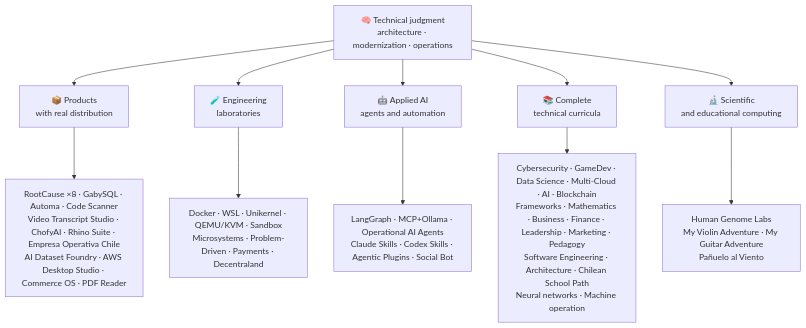
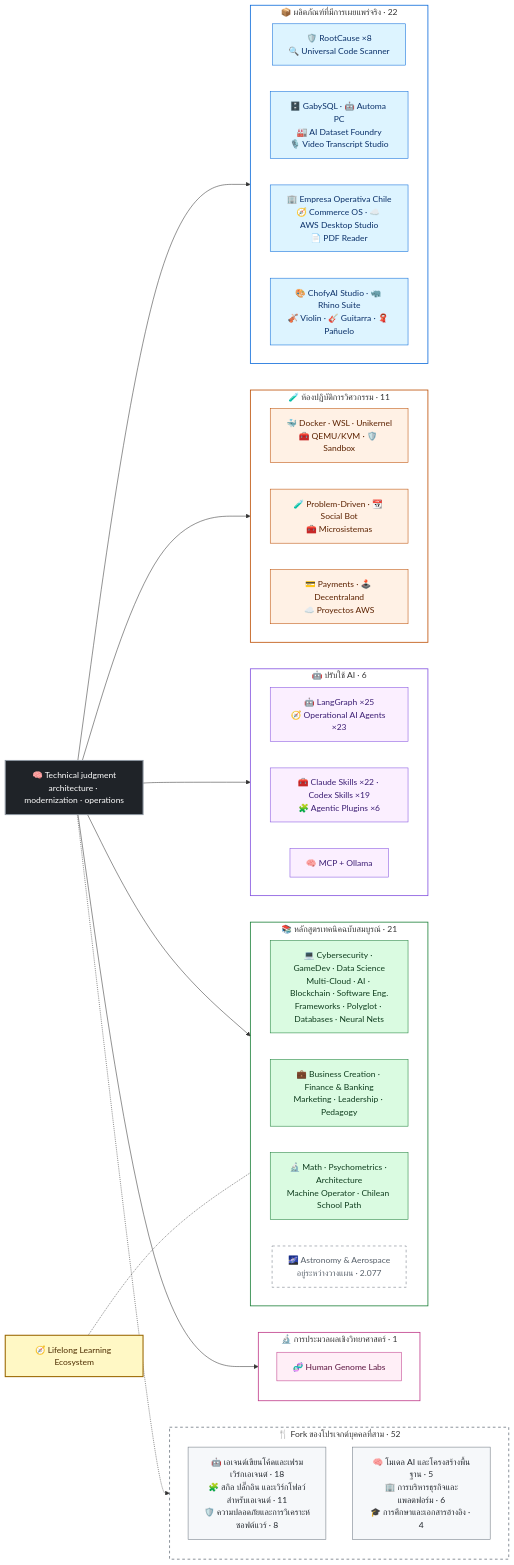
Before and after one commit to vladimiracunadev-create/vladimiracunadev-create: the diagram in README.th.md, drawn with Mermaid. The commit also changed other lines of this file and 43 other files, not shown here.

````diff
--- a/README.th.md
+++ b/README.th.md
@@ -152,14 +153,63 @@
 ```mermaid
-flowchart TD
-    A["🧠 Technical judgment<br/>architecture · modernization · operations"] --> B["📦 Products<br/>with real distribution"]
-    A --> C["🧪 Engineering<br/>laboratories"]
-    A --> D["🤖 Applied AI<br/>agents and automation"]
-    A --> E["📚 Complete<br/>technical curricula"]
-    A --> F["🔬 Scientific<br/>and educational computing"]
+flowchart LR
+    CORE["🧠 Technical judgment<br/>architecture · modernization · operations"]:::core
 
-    B --> B1["RootCause ×8 · GabySQL · Automa · Code Scanner<br/>Video Transcript Studio · ChofyAI · Rhino Suite · Empresa Operativa Chile<br/>AI Dataset Foundry · AWS Desktop Studio · Commerce OS · PDF Reader"]
-    C --> C1["Docker · WSL · Unikernel · QEMU/KVM · Sandbox<br/>Microsystems · Problem-Driven · Payments · Decentraland"]
-    D --> D1["LangGraph · MCP+Ollama · Operational AI Agents<br/>Claude Skills · Codex Skills · Agentic Plugins · Social Bot"]
-    E --> E1["Cybersecurity · GameDev · Data Science · Multi-Cloud · AI · Blockchain<br/>Frameworks · Mathematics · Business · Finance · Leadership · Marketing · Pedagogy<br/>Software Engineering · Architecture · Chilean School Path<br/>Neural networks · Machine operation"]
-    F --> F1["Human Genome Labs<br/>My Violin Adventure · My Guitar Adventure<br/>Pañuelo al Viento"]
+    subgraph P["📦 ผลิตภัณฑ์ที่มีการเผยแพร่จริง · 22"]
+        direction LR
+        P1["🛡️ RootCause ×8<br/>🔍 Universal Code Scanner"]:::prod
+        P2["🗄️ GabySQL · 🤖 Automa PC<br/>🏭 AI Dataset Foundry<br/>🎙️ Video Transcript Studio"]:::prod
+        P3["🏢 Empresa Operativa Chile<br/>🧭 Commerce OS · ☁️ AWS Desktop Studio<br/>📄 PDF Reader"]:::prod
+        P4["🎨 ChofyAI Studio · 🦏 Rhino Suite<br/>🎻 Violin · 🎸 Guitarra · 🧣 Pañuelo"]:::prod
+    end
+    subgraph L["🧪 ห้องปฏิบัติการวิศวกรรม · 11"]
+        direction LR
+        L1["🐳 Docker · WSL · Unikernel<br/>🧰 QEMU/KVM · 🛡️ Sandbox"]:::lab
+        L2["🧪 Problem-Driven · 📆 Social Bot<br/>🧰 Microsistemas"]:::lab
+        L3["💳 Payments · 🕹️ Decentraland<br/>☁️ Proyectos AWS"]:::lab
+    end
+    subgraph I["🤖 ปรับใช้ AI · 6"]
+        direction LR
+        I1["🤖 LangGraph ×25<br/>🧭 Operational AI Agents ×23"]:::ai
+        I2["🧰 Claude Skills ×22 · Codex Skills ×19<br/>🧩 Agentic Plugins ×6"]:::ai
+        I3["🧠 MCP + Ollama"]:::ai
+    end
+    subgraph C["📚 หลักสูตรเทคนิคฉบับสมบูรณ์ · 21"]
+        direction LR
+        C1["💻 Cybersecurity · GameDev · Data Science<br/>Multi-Cloud · AI · Blockchain · Software Eng.<br/>Frameworks · Polyglot · Databases · Neural Nets"]:::cur
+        C2["💼 Business Creation · Finance & Banking<br/>Marketing · Leadership · Pedagogy"]:::cur
+        C3["🔬 Math · Psychometrics · Architecture<br/>Machine Operator · Chilean School Path"]:::cur
+        C4["🌌 Astronomy & Aerospace<br/>อยู่ระหว่างวางแผน · 2.077"]:::plan
+    end
+    LL["🧭 Lifelong Learning Ecosystem"]:::core2
+    subgraph S["🔬 การประมวลผลเชิงวิทยาศาสตร์ · 1"]
+        S1["🧬 Human Genome Labs"]:::sci
+    end
+    subgraph F["🍴 Fork ของโปรเจกต์บุคคลที่สาม · 52"]
+        F1["🤖 เอเจนต์เขียนโค้ดและเฟรมเวิร์กเอเจนต์ · 18<br/>🧩 สกิล ปลั๊กอิน และเวิร์กโฟลว์สำหรับเอเจนต์ · 11<br/>🛡️ ความปลอดภัยและการวิเคราะห์ซอฟต์แวร์ · 8"]:::fork
+        F2["🧠 โมเดล AI และโครงสร้างพื้นฐาน · 5<br/>🏢 การบริหารธุรกิจและแพลตฟอร์ม · 6<br/>🎓 การศึกษาและเอกสารอ้างอิง · 4"]:::fork
+    end
+
+    CORE --> P
+    CORE --> L
+    CORE --> I
+    CORE --> C
+    CORE --> S
+    CORE -.-> F
+    LL -.- C
+
+    classDef core fill:#1f2328,stroke:#8b949e,color:#ffffff,stroke-width:2px
+    classDef core2 fill:#fff8c5,stroke:#9a6700,color:#4d2d00,stroke-width:2px
+    classDef prod fill:#ddf4ff,stroke:#0969da,color:#0a3069
+    classDef lab fill:#fff1e5,stroke:#bc4c00,color:#5c2200
+    classDef ai fill:#fbefff,stroke:#8250df,color:#3b1d73
+    classDef cur fill:#dafbe1,stroke:#1a7f37,color:#0f3d1e
+    classDef sci fill:#ffeff7,stroke:#bf3989,color:#5c1541
+    classDef fork fill:#f6f8fa,stroke:#6e7781,color:#24292f
+    classDef plan fill:#ffffff,stroke:#6e7781,color:#57606a,stroke-dasharray:5 5
+    style P fill:none,stroke:#0969da,stroke-width:1.5px
+    style L fill:none,stroke:#bc4c00,stroke-width:1.5px
+    style I fill:none,stroke:#8250df,stroke-width:1.5px
+    style C fill:none,stroke:#1a7f37,stroke-width:1.5px
+    style S fill:none,stroke:#bf3989,stroke-width:1.5px
+    style F fill:none,stroke:#6e7781,stroke-width:1.5px,stroke-dasharray:5 5
 ```
````
